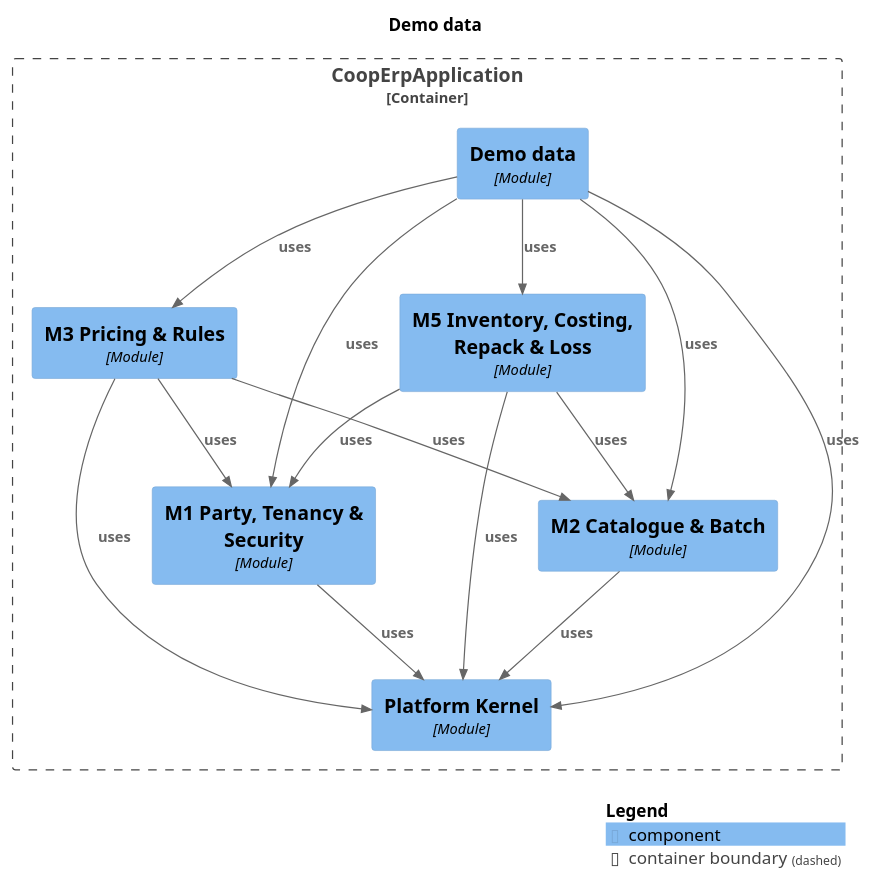
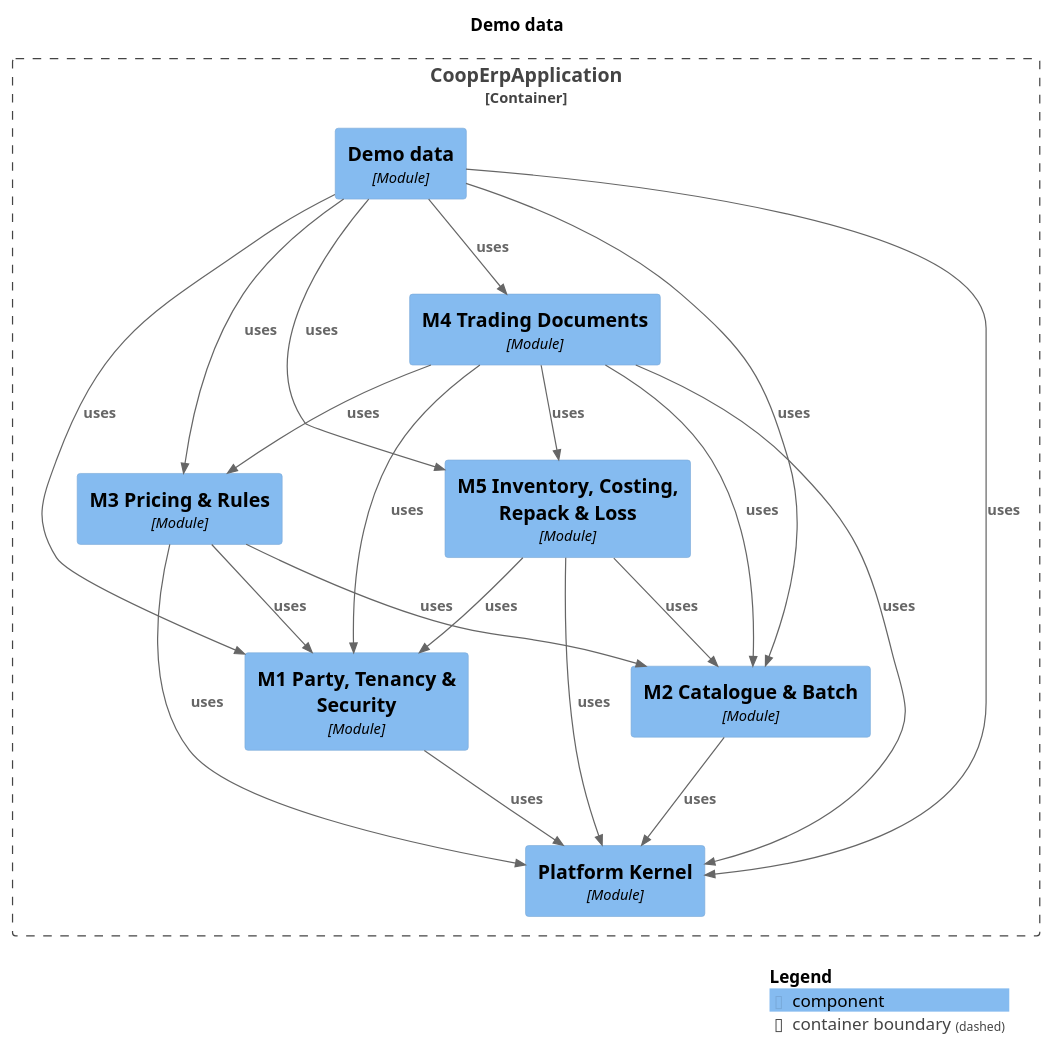
Before and after one commit to Knoweb/COOP_ERP: the diagram in docs/modules/module-demo.puml, drawn with PlantUML. The commit also changed 10 other files, not shown here.

First line of the commit message:
fix(demo): the demo module may read M4; the demo test removes its trading history after itself

```diff
--- a/docs/modules/module-demo.puml
+++ b/docs/modules/module-demo.puml
@@ -1,35 +1,42 @@
 @startuml
 set separator none
 title Demo data
 
 top to bottom direction
 
 !include <C4/C4>
 !include <C4/C4_Context>
 !include <C4/C4_Component>
 
 Container_Boundary("CoopErpApplication.CoopErpApplication_boundary", "CoopErpApplication", $tags="") {
   Component(CoopErpApplication.CoopErpApplication.M3PricingRules, "M3 Pricing & Rules", $techn="Module", $descr="", $tags="", $link="")
   Component(CoopErpApplication.CoopErpApplication.M5InventoryCostingRepackLoss, "M5 Inventory, Costing, Repack & Loss", $techn="Module", $descr="", $tags="", $link="")
+  Component(CoopErpApplication.CoopErpApplication.M4TradingDocuments, "M4 Trading Documents", $techn="Module", $descr="", $tags="", $link="")
   Component(CoopErpApplication.CoopErpApplication.Demodata, "Demo data", $techn="Module", $descr="", $tags="", $link="")
   Component(CoopErpApplication.CoopErpApplication.PlatformKernel, "Platform Kernel", $techn="Module", $descr="", $tags="", $link="")
   Component(CoopErpApplication.CoopErpApplication.M1PartyTenancySecurity, "M1 Party, Tenancy & Security", $techn="Module", $descr="", $tags="", $link="")
   Component(CoopErpApplication.CoopErpApplication.M2CatalogueBatch, "M2 Catalogue & Batch", $techn="Module", $descr="", $tags="", $link="")
 }
 
+Rel(CoopErpApplication.CoopErpApplication.M2CatalogueBatch, CoopErpApplication.CoopErpApplication.PlatformKernel, "uses", $techn="", $tags="", $link="")
+Rel(CoopErpApplication.CoopErpApplication.M5InventoryCostingRepackLoss, CoopErpApplication.CoopErpApplication.PlatformKernel, "uses", $techn="", $tags="", $link="")
+Rel(CoopErpApplication.CoopErpApplication.M5InventoryCostingRepackLoss, CoopErpApplication.CoopErpApplication.M2CatalogueBatch, "uses", $techn="", $tags="", $link="")
+Rel(CoopErpApplication.CoopErpApplication.M5InventoryCostingRepackLoss, CoopErpApplication.CoopErpApplication.M1PartyTenancySecurity, "uses", $techn="", $tags="", $link="")
+Rel(CoopErpApplication.CoopErpApplication.Demodata, CoopErpApplication.CoopErpApplication.PlatformKernel, "uses", $techn="", $tags="", $link="")
 Rel(CoopErpApplication.CoopErpApplication.Demodata, CoopErpApplication.CoopErpApplication.M1PartyTenancySecurity, "uses", $techn="", $tags="", $link="")
 Rel(CoopErpApplication.CoopErpApplication.Demodata, CoopErpApplication.CoopErpApplication.M2CatalogueBatch, "uses", $techn="", $tags="", $link="")
 Rel(CoopErpApplication.CoopErpApplication.Demodata, CoopErpApplication.CoopErpApplication.M3PricingRules, "uses", $techn="", $tags="", $link="")
 Rel(CoopErpApplication.CoopErpApplication.Demodata, CoopErpApplication.CoopErpApplication.M5InventoryCostingRepackLoss, "uses", $techn="", $tags="", $link="")
-Rel(CoopErpApplication.CoopErpApplication.Demodata, CoopErpApplication.CoopErpApplication.PlatformKernel, "uses", $techn="", $tags="", $link="")
+Rel(CoopErpApplication.CoopErpApplication.Demodata, CoopErpApplication.CoopErpApplication.M4TradingDocuments, "uses", $techn="", $tags="", $link="")
+Rel(CoopErpApplication.CoopErpApplication.M4TradingDocuments, CoopErpApplication.CoopErpApplication.PlatformKernel, "uses", $techn="", $tags="", $link="")
+Rel(CoopErpApplication.CoopErpApplication.M4TradingDocuments, CoopErpApplication.CoopErpApplication.M1PartyTenancySecurity, "uses", $techn="", $tags="", $link="")
+Rel(CoopErpApplication.CoopErpApplication.M4TradingDocuments, CoopErpApplication.CoopErpApplication.M2CatalogueBatch, "uses", $techn="", $tags="", $link="")
+Rel(CoopErpApplication.CoopErpApplication.M4TradingDocuments, CoopErpApplication.CoopErpApplication.M3PricingRules, "uses", $techn="", $tags="", $link="")
+Rel(CoopErpApplication.CoopErpApplication.M4TradingDocuments, CoopErpApplication.CoopErpApplication.M5InventoryCostingRepackLoss, "uses", $techn="", $tags="", $link="")
 Rel(CoopErpApplication.CoopErpApplication.M1PartyTenancySecurity, CoopErpApplication.CoopErpApplication.PlatformKernel, "uses", $techn="", $tags="", $link="")
-Rel(CoopErpApplication.CoopErpApplication.M2CatalogueBatch, CoopErpApplication.CoopErpApplication.PlatformKernel, "uses", $techn="", $tags="", $link="")
-Rel(CoopErpApplication.CoopErpApplication.M3PricingRules, CoopErpApplication.CoopErpApplication.M1PartyTenancySecurity, "uses", $techn="", $tags="", $link="")
 Rel(CoopErpApplication.CoopErpApplication.M3PricingRules, CoopErpApplication.CoopErpApplication.M2CatalogueBatch, "uses", $techn="", $tags="", $link="")
 Rel(CoopErpApplication.CoopErpApplication.M3PricingRules, CoopErpApplication.CoopErpApplication.PlatformKernel, "uses", $techn="", $tags="", $link="")
-Rel(CoopErpApplication.CoopErpApplication.M5InventoryCostingRepackLoss, CoopErpApplication.CoopErpApplication.M1PartyTenancySecurity, "uses", $techn="", $tags="", $link="")
-Rel(CoopErpApplication.CoopErpApplication.M5InventoryCostingRepackLoss, CoopErpApplication.CoopErpApplication.M2CatalogueBatch, "uses", $techn="", $tags="", $link="")
-Rel(CoopErpApplication.CoopErpApplication.M5InventoryCostingRepackLoss, CoopErpApplication.CoopErpApplication.PlatformKernel, "uses", $techn="", $tags="", $link="")
+Rel(CoopErpApplication.CoopErpApplication.M3PricingRules, CoopErpApplication.CoopErpApplication.M1PartyTenancySecurity, "uses", $techn="", $tags="", $link="")
 
 SHOW_LEGEND(true)
 @enduml
```
